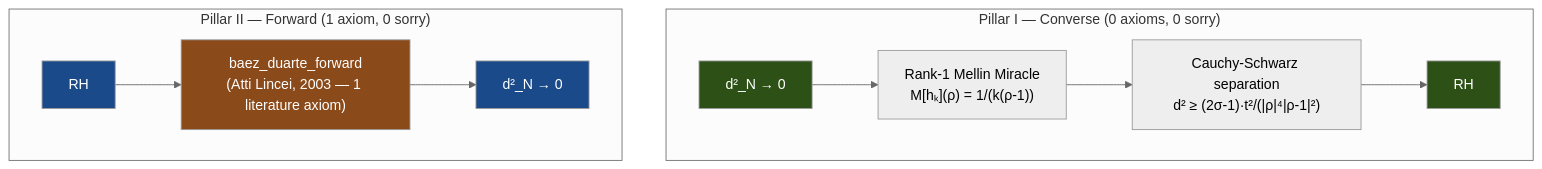
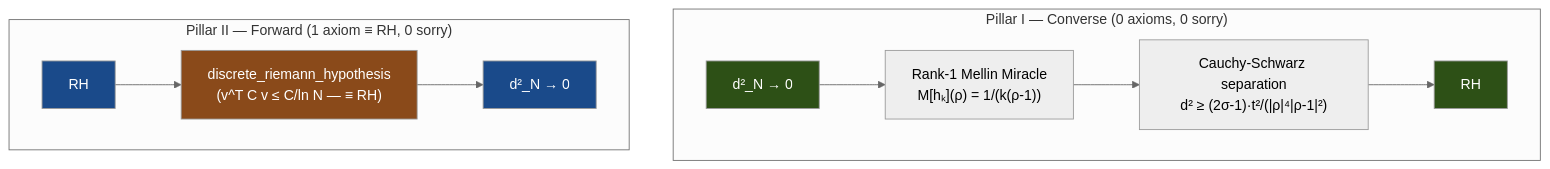
One commit to jrgochan/prime changed the diagram in OVERVIEW.md. Above: the diagram before and after it, drawn with Mermaid (neutral theme). The commit also changed other lines of this file and 6 other files, not shown here.

````diff
--- a/OVERVIEW.md
+++ b/OVERVIEW.md
@@ -46,23 +44,23 @@
 ```mermaid
 graph TD
     subgraph "Pillar I — Converse (0 axioms, 0 sorry)"
         C1["d²_N → 0"]
         C2["Rank-1 Mellin Miracle<br/>M[hₖ](ρ) = 1/(k(ρ-1))"]
         C3["Cauchy-Schwarz separation<br/>d² ≥ (2σ-1)·t²/(|ρ|⁴|ρ-1|²)"]
         C5["RH"]
         C1 --> C2 --> C3 --> C5
     end
 
-    subgraph "Pillar II — Forward (1 axiom, 0 sorry)"
+    subgraph "Pillar II — Forward (1 axiom ≡ RH, 0 sorry)"
         F1["RH"]
-        F2["baez_duarte_forward<br/>(Atti Lincei, 2003 — 1 literature axiom)"]
+        F2["discrete_riemann_hypothesis<br/>(v^T C v ≤ C/ln N — ≡ RH)"]
         F6["d²_N → 0"]
         F1 --> F2 --> F6
     end
 
     style C1 fill:#2d5016,color:white
     style C5 fill:#2d5016,color:white
     style F1 fill:#1a4a8a,color:white
     style F6 fill:#1a4a8a,color:white
     style F2 fill:#8a4a1a,color:white
 ```
````
